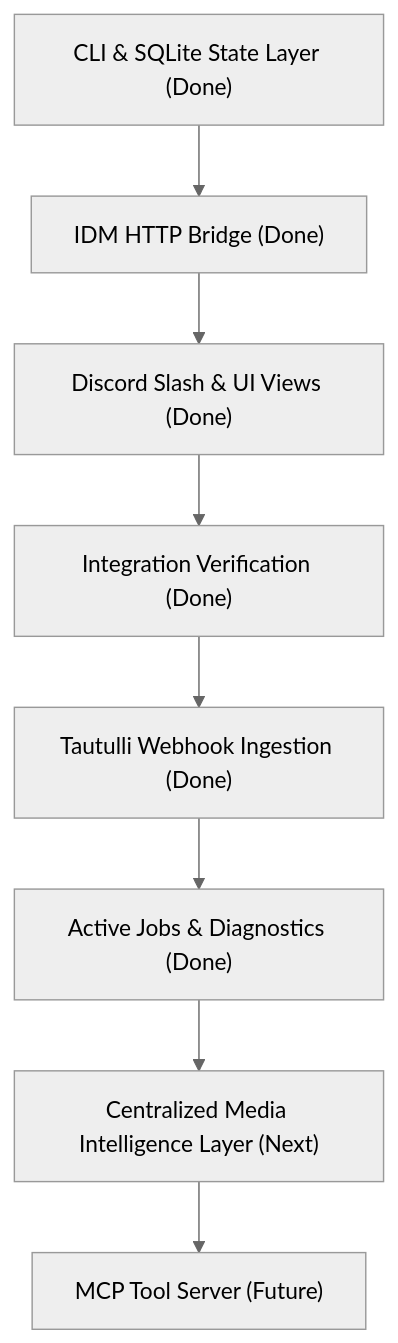
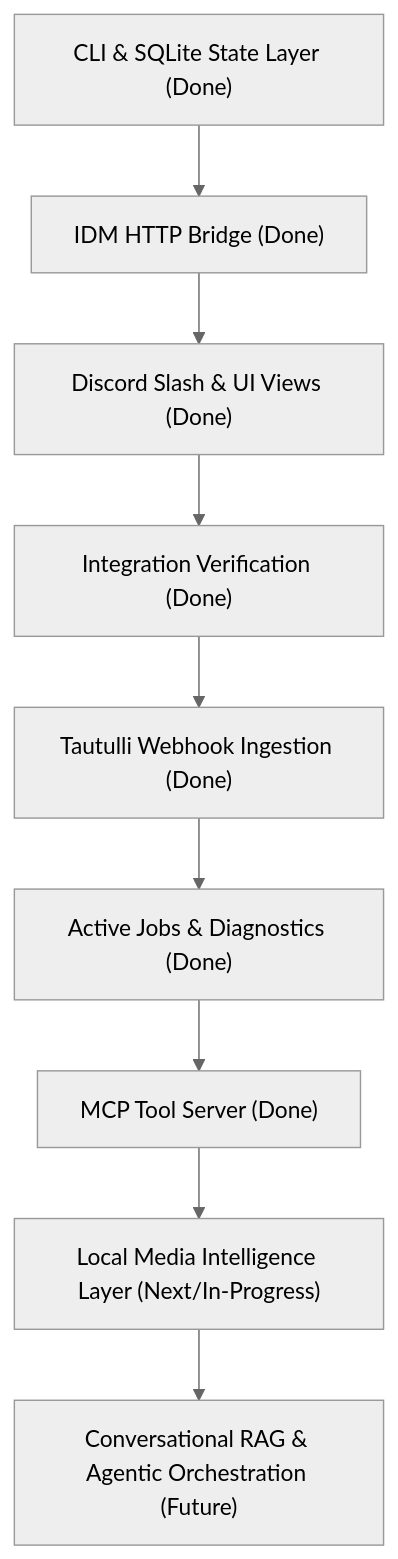
The diagram in docs/adapter-roadmap.md (nanobot001/media-bot), drawn with Mermaid (neutral theme) before and after one commit. The commit also changed other lines of this file and 20 other files, not shown here.

Commit message:
docs: archive completed blocks and draft Phase 2 media intelligence blocks

````diff
--- a/docs/adapter-roadmap.md
+++ b/docs/adapter-roadmap.md
@@ -9,10 +9,11 @@
 ```mermaid
 graph TD
     A["CLI & SQLite State Layer (Done)"] --> B["IDM HTTP Bridge (Done)"]
     B --> C["Discord Slash & UI Views (Done)"]
     C --> D["Integration Verification (Done)"]
     D --> E["Tautulli Webhook Ingestion (Done)"]
     E --> F["Active Jobs & Diagnostics (Done)"]
-    F --> G["Centralized Media Intelligence Layer (Next)"]
-    G --> H["MCP Tool Server (Future)"]
+    F --> H["MCP Tool Server (Done)"]
+    H --> G["Local Media Intelligence Layer (Next/In-Progress)"]
+    G --> I["Conversational RAG & Agentic Orchestration (Future)"]
 ```
````
